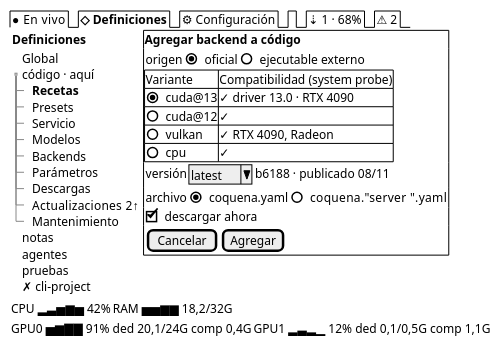
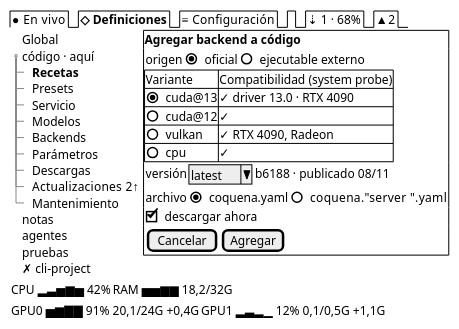
The diagram in docs/propuestas/tui-rediseno/K-seleccionar-backend.salt.puml (mstranich/coquena), drawn with PlantUML before and after one commit. The commit also changed 44 other files, not shown here.

```diff
--- a/docs/propuestas/tui-rediseno/K-seleccionar-backend.salt.puml
+++ b/docs/propuestas/tui-rediseno/K-seleccionar-backend.salt.puml
@@ -1,43 +1,42 @@
 @startsalt
 {
-  {/ ● En vivo | <b>◇ Definiciones | ⚙ Configuración | . | ⇣ 1 · 68% | ⚠ 2 }
+  {/ ● En vivo | <b>◇ Definiciones | ≡ Configuración | . | ⇣ 1 · 68% | ▲ 2 }
   {
     {
-      <b>Definiciones
     {T
       + Global
       + código · aquí
       ++ <b>Recetas
       ++ Presets
       ++ Servicio
       ++ Modelos
       ++ Backends
       ++ Parámetros
       ++ Descargas
       ++ Actualizaciones 2↑
       ++ Mantenimiento
       + notas
       + agentes
       + pruebas
       + ✗ cli-project
     }
     } | {+
       <b>Agregar backend a código
       { origen | (X) oficial | ( ) ejecutable externo }
       {#
         Variante | Compatibilidad (system probe)
         (X) cuda@13 | ✓ driver 13.0 · RTX 4090
         ( ) cuda@12 | ✓
         ( ) vulkan | ✓ RTX 4090, Radeon
         ( ) cpu | ✓
       }
       { versión | ^latest^ | b6188 · publicado 08/11 }
       { archivo | (X) coquena.yaml | ( ) coquena."server   ".yaml }
       [X] descargar ahora
       { [Cancelar] | [Agregar] }
     }
   }
   { CPU ▂▃▅▆▅ 42% | RAM ▅▅▆▆ 18,2/32G }
-  { GPU0 ▅▆▇▇ 91% ded 20,1/24G comp 0,4G | GPU1 ▂▃▂▁ 12% ded 0,1/0,5G comp 1,1G }
+  { GPU0 ▅▆▇▇ 91% 20,1/24G +0,4G | GPU1 ▂▃▂▁ 12% 0,1/0,5G +1,1G }
 }
 @endsalt
```
